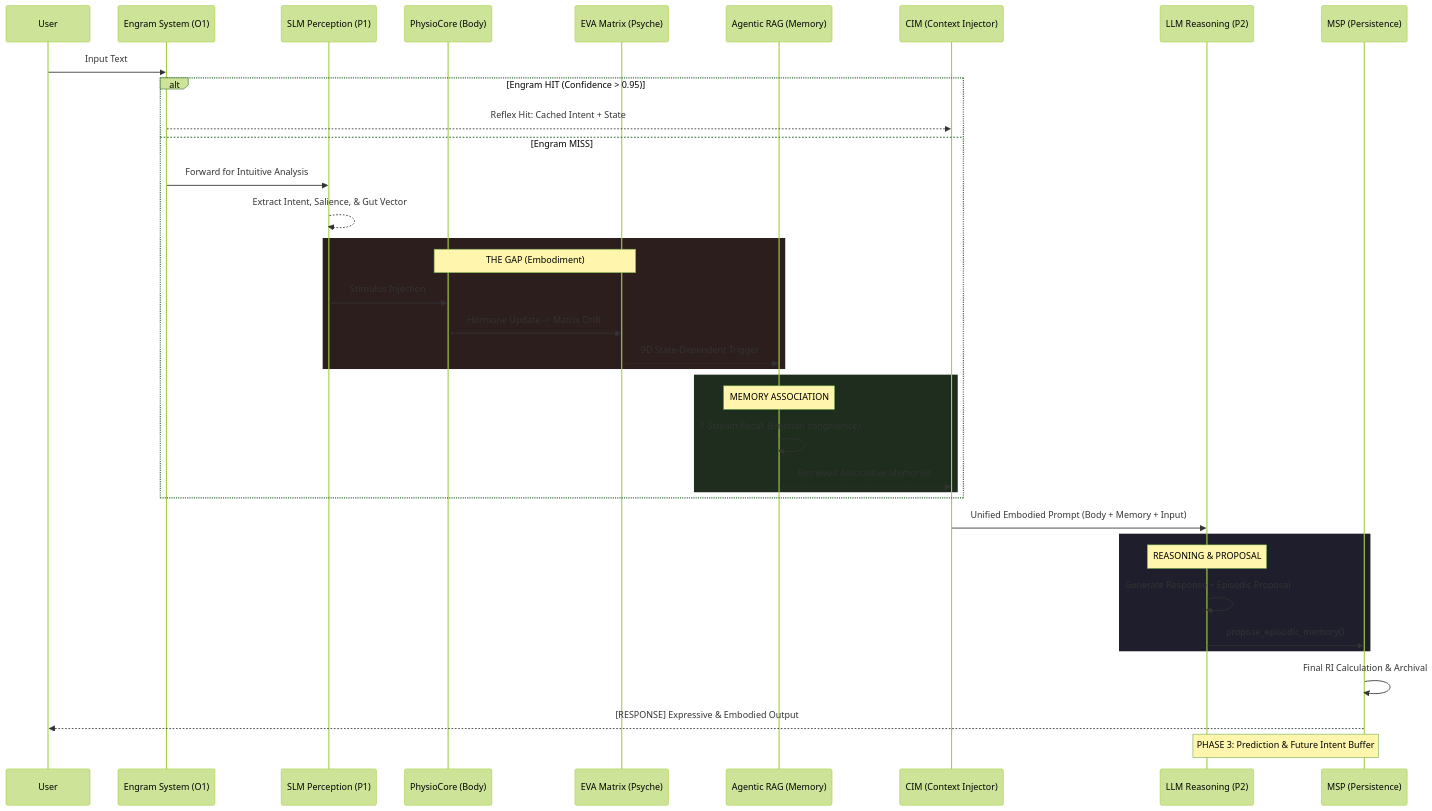
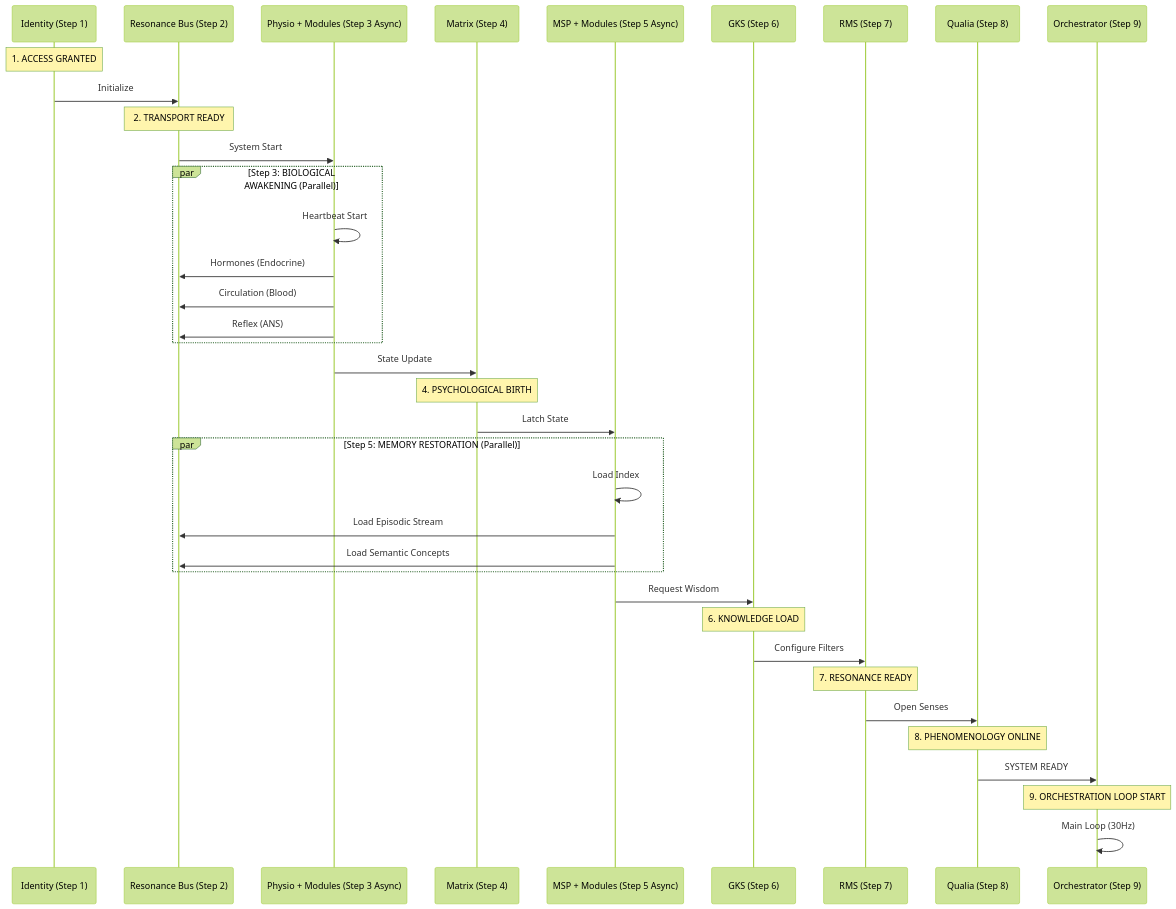
The diagram in docs/03_Architecture/OPERATIONAL_FLOW_v9.4.3.md (Freshair129/agentic_agent), drawn with Mermaid (forest theme) before and after one commit. The commit also changed other lines of this file and 1 other file, not shown here.

Commit message:
[Checkpoint] Finalized Registry Architecture v9.6.2 (Topology, Contracts, Flow)

````diff
--- a/docs/03_Architecture/OPERATIONAL_FLOW_v9.4.3.md
+++ b/docs/03_Architecture/OPERATIONAL_FLOW_v9.4.3.md
@@ -15,47 +15,49 @@
 ```mermaid
 sequenceDiagram
-    participant User
-    participant Engram as Engram System (O1)
-    participant SLM as SLM Perception (P1)
-    participant Physio as PhysioCore (Body)
-    participant Matrix as EVA Matrix (Psyche)
-    participant RAG as Agentic RAG (Memory)
-    participant CIM as CIM (Context Injector)
-    participant LLM as LLM Reasoning (P2)
-    participant MSP as MSP (Persistence)
+    participant ID as Identity (Step 1)
+    participant Bus as Resonance Bus (Step 2)
+    participant Physio as Physio + Modules (Step 3 Async)
+    participant Matrix as Matrix (Step 4)
+    participant MSP as MSP + Modules (Step 5 Async)
+    participant GKS as GKS (Step 6)
+    participant RMS as RMS (Step 7)
+    participant AQI as Qualia (Step 8)
+    participant Orch as Orchestrator (Step 9)
 
-    User->>Engram: Input Text
+    Note over ID: 1. ACCESS GRANTED
+    ID->>Bus: Initialize
     
-    alt Engram HIT (Confidence > 0.95)
-        Engram-->>CIM: Reflex Hit: Cached Intent + State
-    else Engram MISS
-        Engram->>SLM: Forward for Intuitive Analysis
-        SLM-->>SLM: Extract Intent, Salience, & Gut Vector
-        
-        rect rgb(45, 30, 30)
-            Note over Physio, Matrix: THE GAP (Embodiment)
-            SLM->>Physio: Stimulus Injection
-            Physio->>Matrix: Hormone Update -> Matrix Drift
-            Matrix-->>RAG: 9D State-Dependent Trigger
-        end
-
-        rect rgb(30, 45, 30)
-            Note over RAG: MEMORY ASSOCIATION
-            RAG->>RAG: 7-Stream Recall (Emotion congruence)
-            RAG-->>CIM: Retrieved Associative Memories
-        end
+    Note over Bus: 2. TRANSPORT READY
+    Bus->>Physio: System Start
+    
+    par Step 3: BIOLOGICAL AWAKENING (Parallel)
+        Physio->>Physio: Heartbeat Start
+        Physio->>Bus: Hormones (Endocrine)
+        Physio->>Bus: Circulation (Blood)
+        Physio->>Bus: Reflex (ANS)
     end
-
-    CIM->>LLM: Unified Embodied Prompt (Body + Memory + Input)
     
-    rect rgb(30, 30, 45)
-        Note over LLM: REASONING & PROPOSAL
-        LLM->>LLM: Generate Response + Episodic Proposal
-        LLM->>MSP: propose_episodic_memory()
+    Physio->>Matrix: State Update
+    
+    Note over Matrix: 4. PSYCHOLOGICAL BIRTH
+    Matrix->>MSP: Latch State
+    
+    par Step 5: MEMORY RESTORATION (Parallel)
+        MSP->>MSP: Load Index
+        MSP->>Bus: Load Episodic Stream
+        MSP->>Bus: Load Semantic Concepts
     end
-
-    MSP->>MSP: Final RI Calculation & Archival
-    MSP-->>User: [RESPONSE] Expressive & Embodied Output
     
-    Note over LLM, MSP: PHASE 3: Prediction & Future Intent Buffer
+    MSP->>GKS: Request Wisdom
+    Note over GKS: 6. KNOWLEDGE LOAD
+    
+    GKS->>RMS: Configure Filters
+    Note over RMS: 7. RESONANCE READY
+    
+    RMS->>AQI: Open Senses
+    Note over AQI: 8. PHENOMENOLOGY ONLINE
+    
+    AQI->>Orch: SYSTEM READY
+    Note over Orch: 9. ORCHESTRATION LOOP START
+    Orch->>Orch: Main Loop (30Hz)
 ```
````
